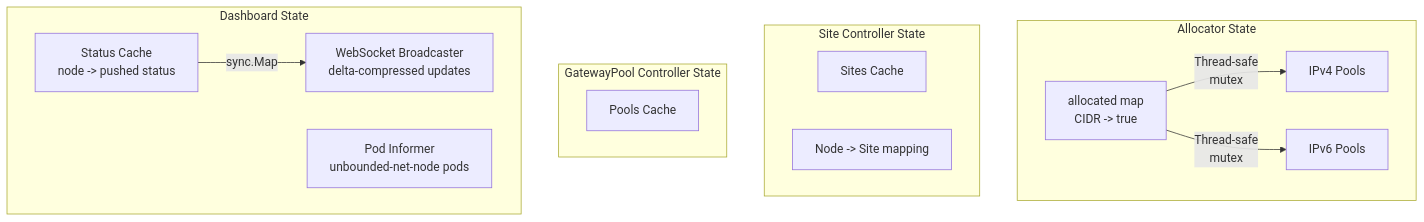
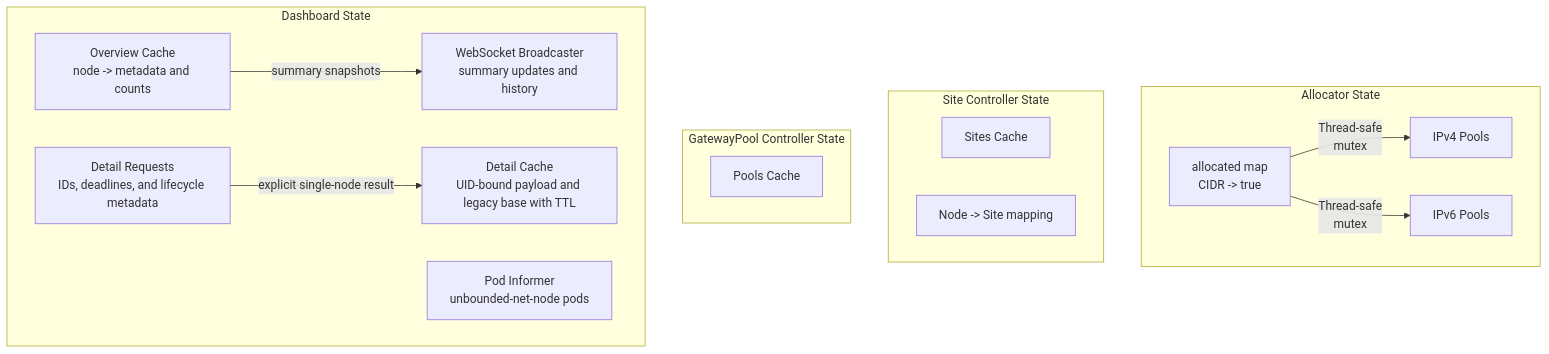
Before and after one commit to Azure/unbounded: diagram 14 of 22 in docs/net/architecture.md, drawn with Mermaid. The commit also changed other lines of this file and 18 other files, not shown here.

````diff
--- a/docs/net/architecture.md
+++ b/docs/net/architecture.md
@@ -533,27 +579,30 @@
 ```mermaid
 graph TD
     subgraph "Allocator State"
         A1[allocated map<br/>CIDR -> true]
         A2[IPv4 Pools]
         A3[IPv6 Pools]
     end
 
     subgraph "Site Controller State"
         S1[Sites Cache]
         S2[Node -> Site mapping]
     end
 
     subgraph "GatewayPool Controller State"
         G1[Pools Cache]
     end
 
     subgraph "Dashboard State"
-        D1[Status Cache<br/>node -> pushed status]
+        D1[Overview Cache<br/>node -> metadata and counts]
         D2[Pod Informer<br/>unbounded-net-node pods]
-        D3[WebSocket Broadcaster<br/>delta-compressed updates]
+        D3[WebSocket Broadcaster<br/>summary updates and history]
+        D4[Detail Cache<br/>UID-bound payload and legacy base with TTL]
+        D5[Detail Requests<br/>IDs, deadlines, and lifecycle metadata]
     end
 
     A1 --> |"Thread-safe<br/>mutex"| A2
     A1 --> |"Thread-safe<br/>mutex"| A3
-    D1 --> |"sync.Map"| D3
+    D1 --> |"summary snapshots"| D3
+    D5 --> |"explicit single-node result"| D4
 ```
````
